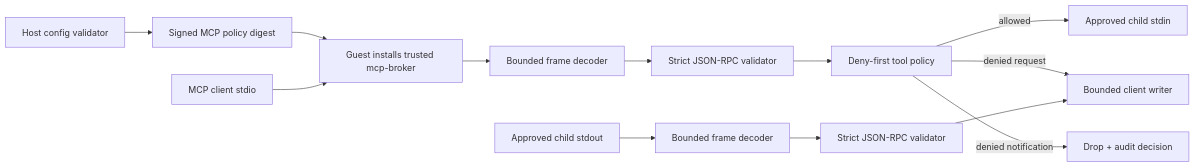
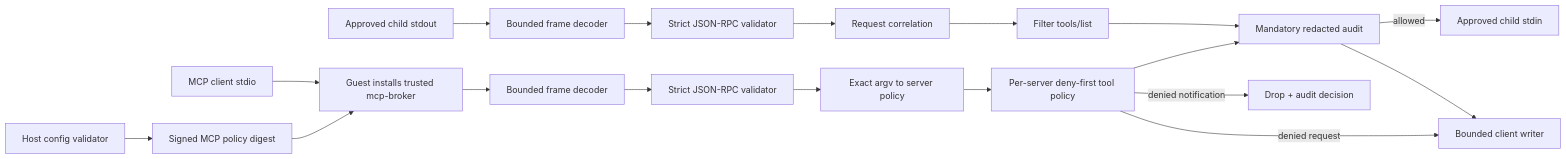
One commit to mbianchidev/sendbox changed the diagram in docs/architecture/mcp-broker.md. Above: the diagram before and after it, drawn with Mermaid. The commit also changed other lines of this file and 26 other files, not shown here.

````diff
--- a/docs/architecture/mcp-broker.md
+++ b/docs/architecture/mcp-broker.md
@@ -13,15 +13,20 @@
 ```mermaid
 flowchart LR
     Host[Host config validator] --> Signed[Signed MCP policy digest]
     Signed --> Guest[Guest installs trusted mcp-broker]
     Client[MCP client stdio] --> Guest
     Guest --> Decoder[Bounded frame decoder]
     Decoder --> Validator[Strict JSON-RPC validator]
-    Validator --> Policy[Deny-first tool policy]
-    Policy -->|allowed| ChildIn[Approved child stdin]
+    Validator --> Resolve[Exact argv to server policy]
+    Resolve --> Policy[Per-server deny-first tool policy]
+    Policy --> Audit[Mandatory redacted audit]
+    Audit -->|allowed| ChildIn[Approved child stdin]
     Policy -->|denied request| ClientOut[Bounded client writer]
     Policy -->|denied notification| Drop[Drop + audit decision]
     ChildOut[Approved child stdout] --> ServerDecoder[Bounded frame decoder]
     ServerDecoder --> ServerValidator[Strict JSON-RPC validator]
-    ServerValidator --> ClientOut
+    ServerValidator --> Correlate[Request correlation]
+    Correlate --> ListFilter[Filter tools/list]
+    ListFilter --> Audit
+    Audit --> ClientOut
 ```
````
